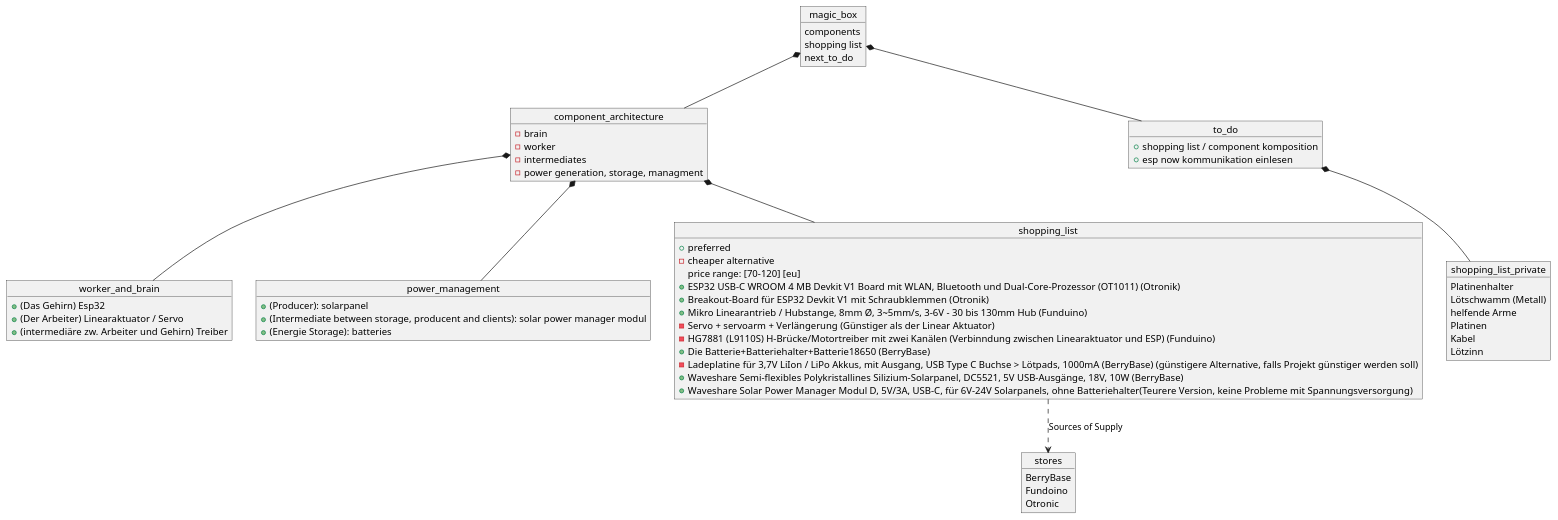
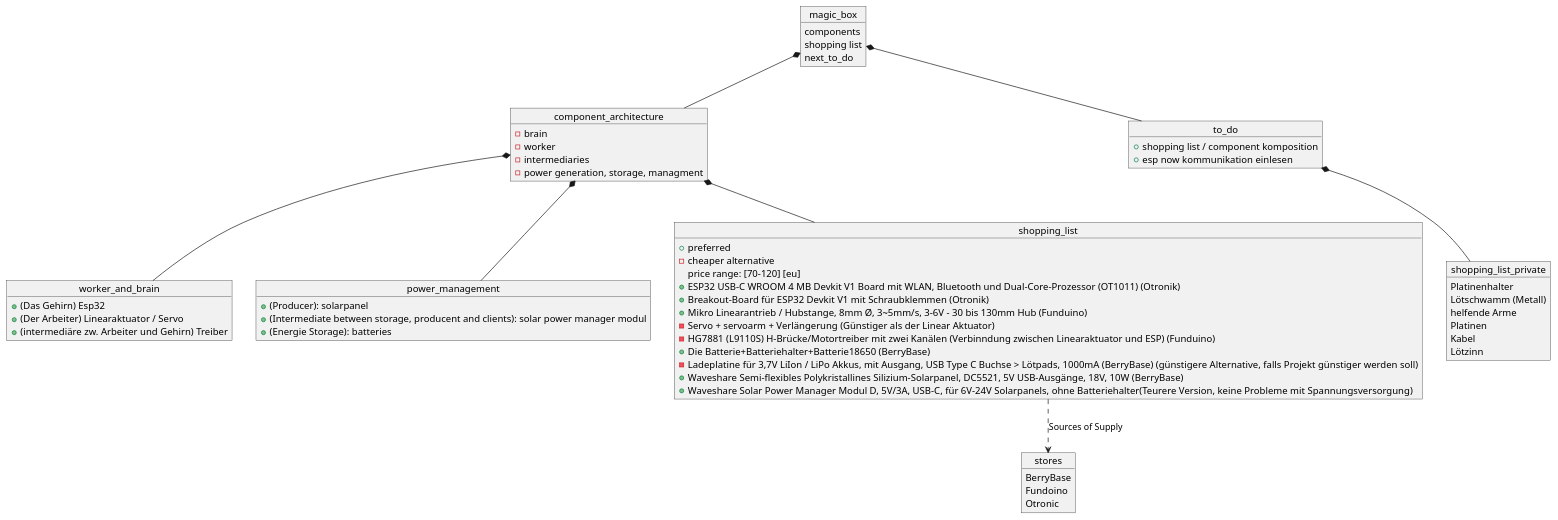
One commit to jrlk000/magic_box changed the diagram in overview_magic_box.puml. Above: the diagram before and after it, drawn with PlantUML.

Commit message:
Adaptation in the puml.

```diff
--- a/overview_magic_box.puml
+++ b/overview_magic_box.puml
@@ -1,73 +1,73 @@
 @startuml
 
 object magic_box{
 components
 shopping list
 next_to_do
 }
 
 object component_architecture{
 -brain
 -worker
--intermediates
+-intermediaries
 -power generation, storage, managment
 }
 
 object worker_and_brain{
 +(Das Gehirn) Esp32
 +(Der Arbeiter) Linearaktuator / Servo
 +(intermediäre zw. Arbeiter und Gehirn) Treiber
 }
 
 object power_management{
 +(Producer): solarpanel
 +(Intermediate between storage, producent and clients): solar power manager modul
 +(Energie Storage): batteries
 }
 
 object shopping_list{
 +preferred
 -cheaper alternative
 
 price range: [70-120] [eu]
 
 +ESP32 USB-C WROOM 4 MB Devkit V1 Board mit WLAN, Bluetooth und Dual-Core-Prozessor (OT1011) (Otronik)
 +Breakout-Board für ESP32 Devkit V1 mit Schraubklemmen (Otronik)
 +Mikro Linearantrieb / Hubstange, 8mm Ø, 3~5mm/s, 3-6V - 30 bis 130mm Hub (Funduino)
 -Servo + servoarm + Verlängerung (Günstiger als der Linear Aktuator)
 -HG7881 (L9110S) H-Brücke/Motortreiber mit zwei Kanälen (Verbinndung zwischen Linearaktuator und ESP) (Funduino)
 +Die Batterie+Batteriehalter+Batterie18650 (BerryBase)
 -Ladeplatine für 3,7V LiIon / LiPo Akkus, mit Ausgang, USB Type C Buchse > Lötpads, 1000mA (BerryBase) (günstigere Alternative, falls Projekt günstiger werden soll)
 +Waveshare Semi-flexibles Polykristallines Silizium-Solarpanel, DC5521, 5V USB-Ausgänge, 18V, 10W (BerryBase)
 +Waveshare Solar Power Manager Modul D, 5V/3A, USB-C, für 6V-24V Solarpanels, ohne Batteriehalter(Teurere Version, keine Probleme mit Spannungsversorgung)
 }
 
 object shopping_list_private{
 Platinenhalter
 Lötschwamm (Metall)
 helfende Arme
 Platinen
 Kabel
 Lötzinn
 }
 
 object stores{
 BerryBase
 Fundoino
 Otronic
 }
 
 object to_do{
 +shopping list / component komposition
 +esp now kommunikation einlesen
 }
 
 magic_box *-- to_do
 magic_box *-- component_architecture
 to_do *--shopping_list_private
 component_architecture *-- worker_and_brain
 component_architecture *-- power_management
 component_architecture *-- shopping_list
 shopping_list ..> stores :Sources of Supply
 
 @enduml
```
